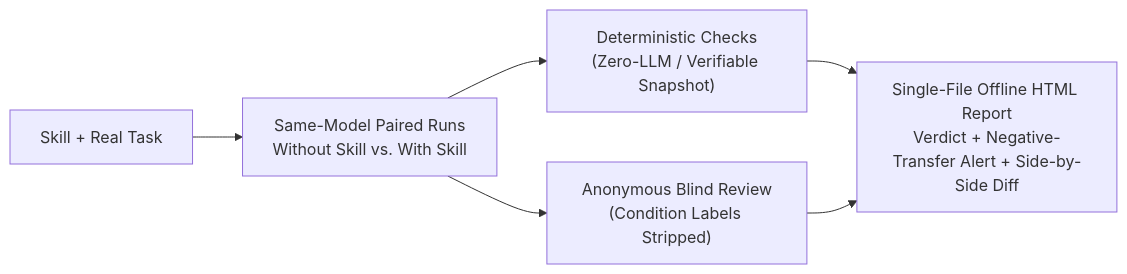
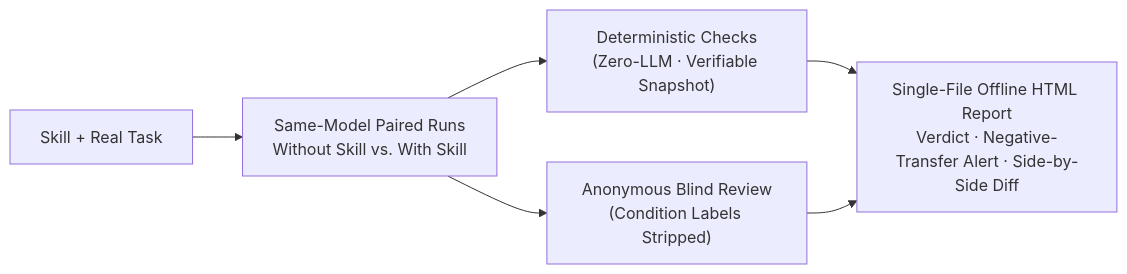
One commit to dylanma8232-art/daming-skillgain changed the diagram in README_EN.md. Above: the diagram before and after it, drawn with Mermaid. The commit also changed other lines of this file and 20 other files, not shown here.

````diff
--- a/README_EN.md
+++ b/README_EN.md
@@ -94,8 +120,8 @@
 ```mermaid
 flowchart LR
     A["Skill + Real Task"] --> B["Same-Model Paired Runs<br/>Without Skill vs. With Skill"]
-    B --> C["Deterministic Checks<br/>(Zero-LLM / Verifiable Snapshot)"]
+    B --> C["Deterministic Checks<br/>(Zero-LLM · Verifiable Snapshot)"]
     B --> D["Anonymous Blind Review<br/>(Condition Labels Stripped)"]
-    C --> E["Single-File Offline HTML Report<br/>Verdict + Negative-Transfer Alert + Side-by-Side Diff"]
+    C --> E["Single-File Offline HTML Report<br/>Verdict · Negative-Transfer Alert · Side-by-Side Diff"]
     D --> E
 ```
````
